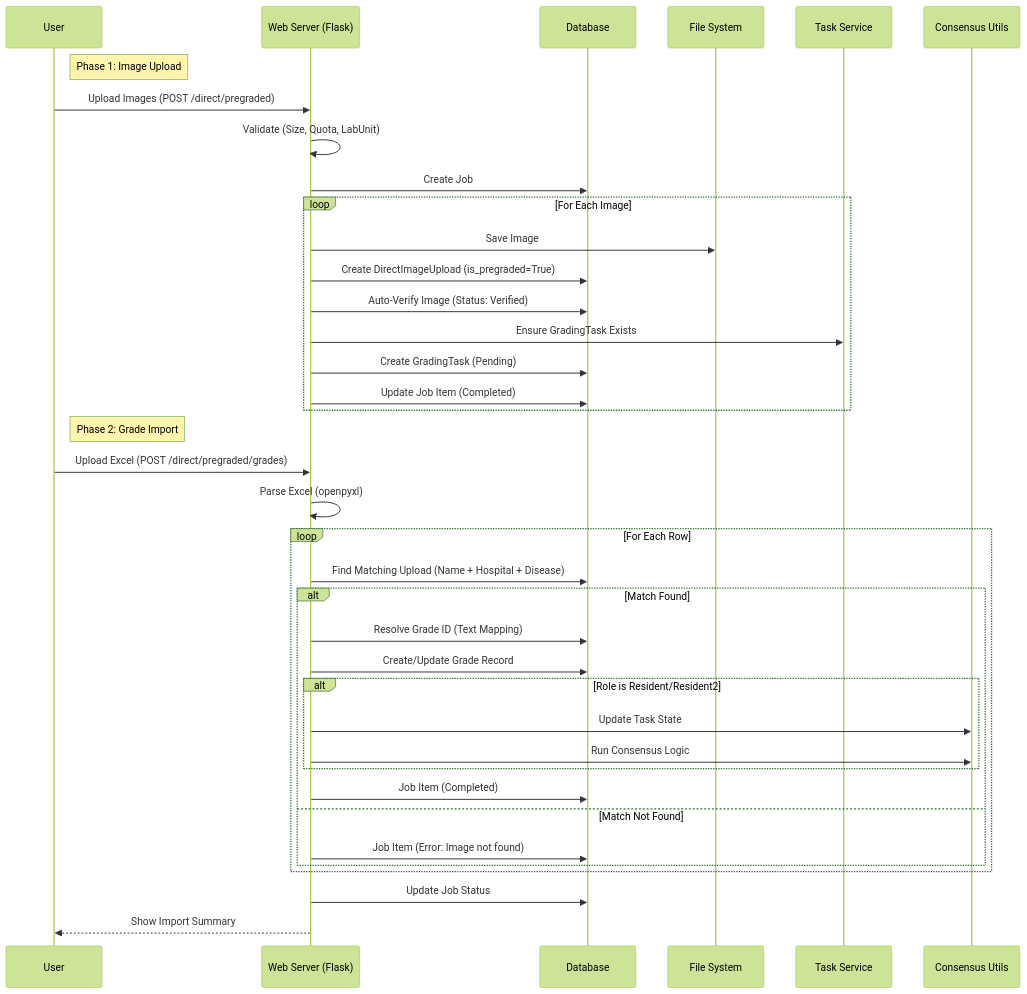
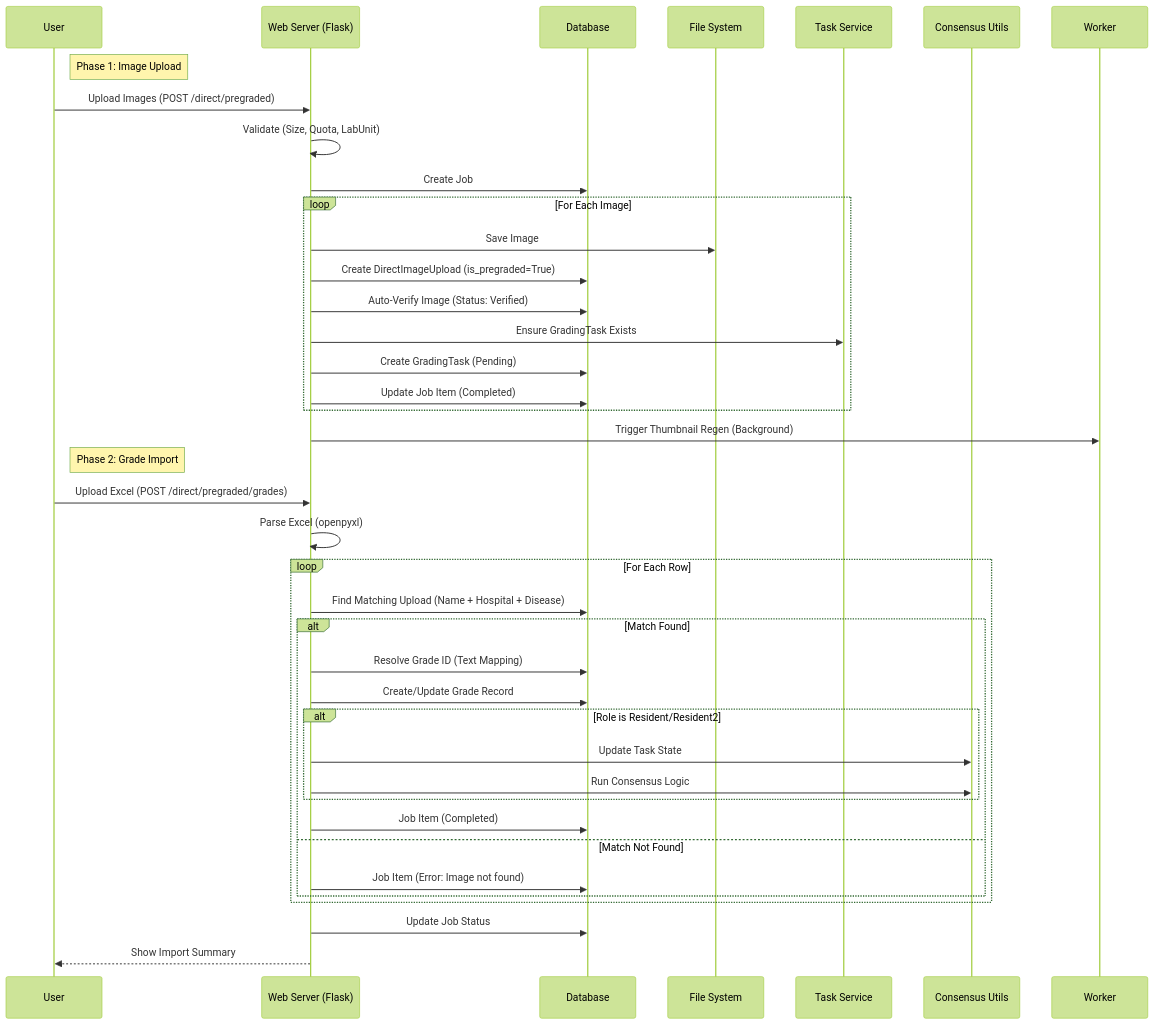
Before and after one commit to drguptavivek/fundus_img_xtract: the diagram in docs/08-Workflow/03-Pre_Graded_Workflow.md, drawn with Mermaid (forest theme). The commit also changed other lines of this file and 9 other files, not shown here.

````diff
--- a/docs/08-Workflow/03-Pre_Graded_Workflow.md
+++ b/docs/08-Workflow/03-Pre_Graded_Workflow.md
@@ -5,48 +10,49 @@
 ```mermaid
 sequenceDiagram
     participant User
     participant WebServer as Web Server (Flask)
     participant DB as Database
     participant FileSystem as File System
     participant TaskService as Task Service
     participant Consensus as Consensus Utils
 
     note right of User: Phase 1: Image Upload
     User->>WebServer: Upload Images (POST /direct/pregraded)
     WebServer->>WebServer: Validate (Size, Quota, LabUnit)
     WebServer->>DB: Create Job
     
     loop For Each Image
         WebServer->>FileSystem: Save Image
         WebServer->>DB: Create DirectImageUpload (is_pregraded=True)
         WebServer->>DB: Auto-Verify Image (Status: Verified)
         WebServer->>TaskService: Ensure GradingTask Exists
         WebServer->>DB: Create GradingTask (Pending)
         WebServer->>DB: Update Job Item (Completed)
     end
+    WebServer->>Worker: Trigger Thumbnail Regen (Background)
 
     note right of User: Phase 2: Grade Import
     User->>WebServer: Upload Excel (POST /direct/pregraded/grades)
     WebServer->>WebServer: Parse Excel (openpyxl)
     
     loop For Each Row
         WebServer->>DB: Find Matching Upload (Name + Hospital + Disease)
         
         alt Match Found
             WebServer->>DB: Resolve Grade ID (Text Mapping)
             WebServer->>DB: Create/Update Grade Record
             
             alt Role is Resident/Resident2
                 WebServer->>Consensus: Update Task State
                 WebServer->>Consensus: Run Consensus Logic
             end
             
             WebServer->>DB: Job Item (Completed)
         else Match Not Found
             WebServer->>DB: Job Item (Error: Image not found)
         end
     end
     
     WebServer->>DB: Update Job Status
     WebServer-->>User: Show Import Summary
 ```
````
